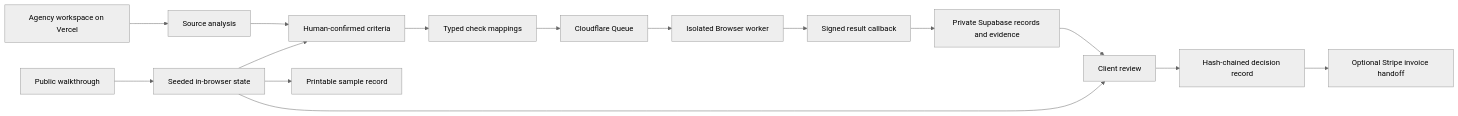
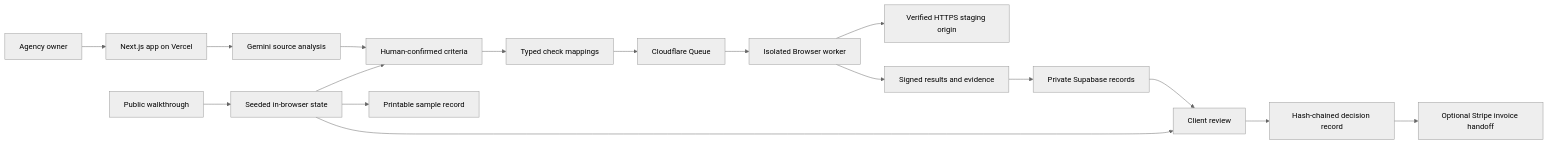
One commit to anayagarwalla-ai/greenlit changed the diagram in README.md. Above: the diagram before and after it, drawn with Mermaid (neutral theme). The commit also changed other lines of this file, not shown here.

````diff
--- a/README.md
+++ b/README.md
@@ -35,18 +145,20 @@
 ```mermaid
 flowchart LR
-    A["Agency workspace on Vercel"] --> B["Source analysis"]
-    B --> C["Human-confirmed criteria"]
-    C --> D["Typed check mappings"]
-    D --> E["Cloudflare Queue"]
-    E --> F["Isolated Browser worker"]
-    F --> G["Signed result callback"]
-    G --> H["Private Supabase records and evidence"]
-    H --> I["Client review"]
-    I --> J["Hash-chained decision record"]
-    J --> K["Optional Stripe invoice handoff"]
+    A["Agency owner"] --> B["Next.js app on Vercel"]
+    B --> C["Gemini source analysis"]
+    C --> D["Human-confirmed criteria"]
+    D --> E["Typed check mappings"]
+    E --> F["Cloudflare Queue"]
+    F --> G["Isolated Browser worker"]
+    G --> H["Verified HTTPS staging origin"]
+    G --> I["Signed results and evidence"]
+    I --> J["Private Supabase records"]
+    J --> K["Client review"]
+    K --> L["Hash-chained decision record"]
+    L --> M["Optional Stripe invoice handoff"]
 
-    L["Public walkthrough"] --> M["Seeded in-browser state"]
-    M --> C
-    M --> I
-    M --> N["Printable sample record"]
+    N["Public walkthrough"] --> O["Seeded in-browser state"]
+    O --> D
+    O --> K
+    O --> P["Printable sample record"]
 ```
````
